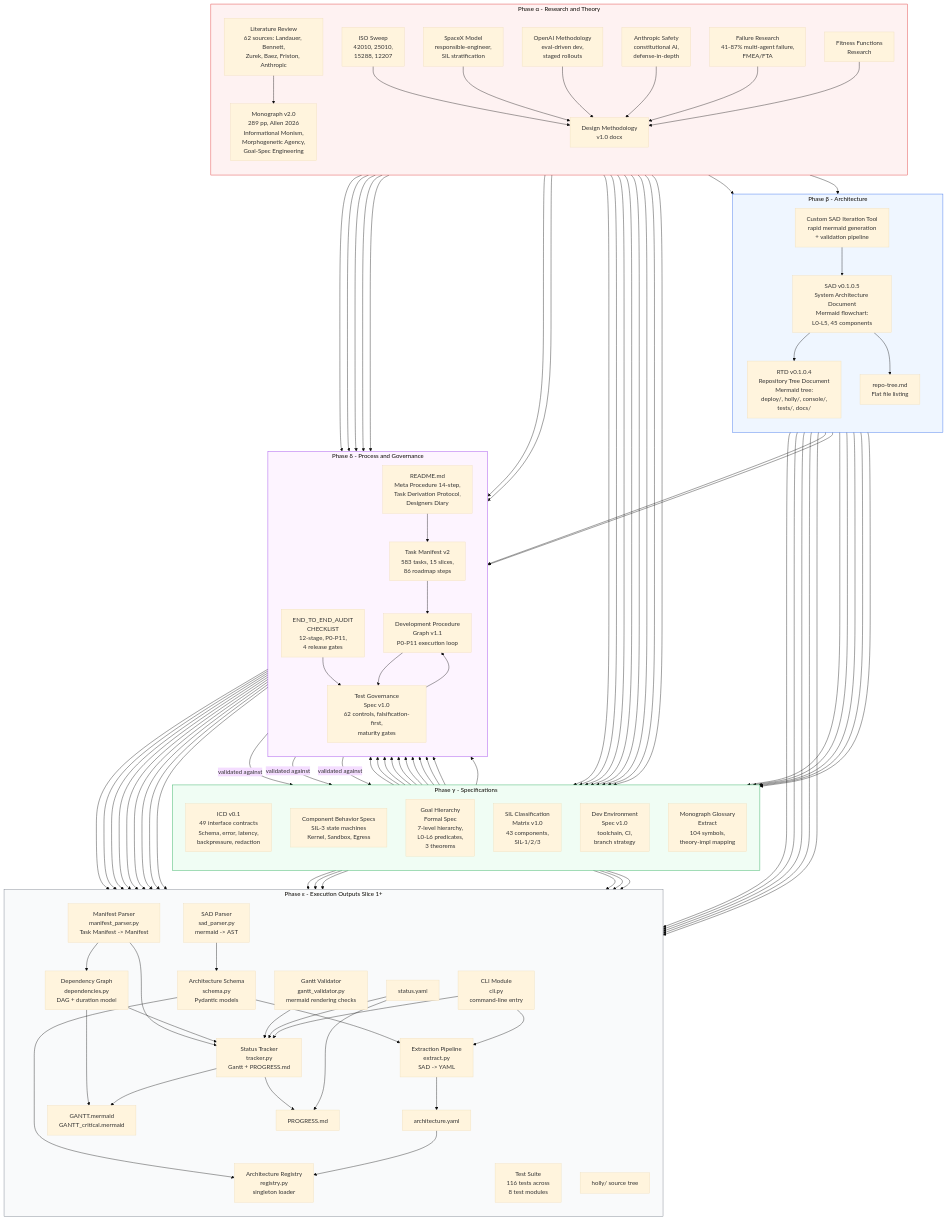
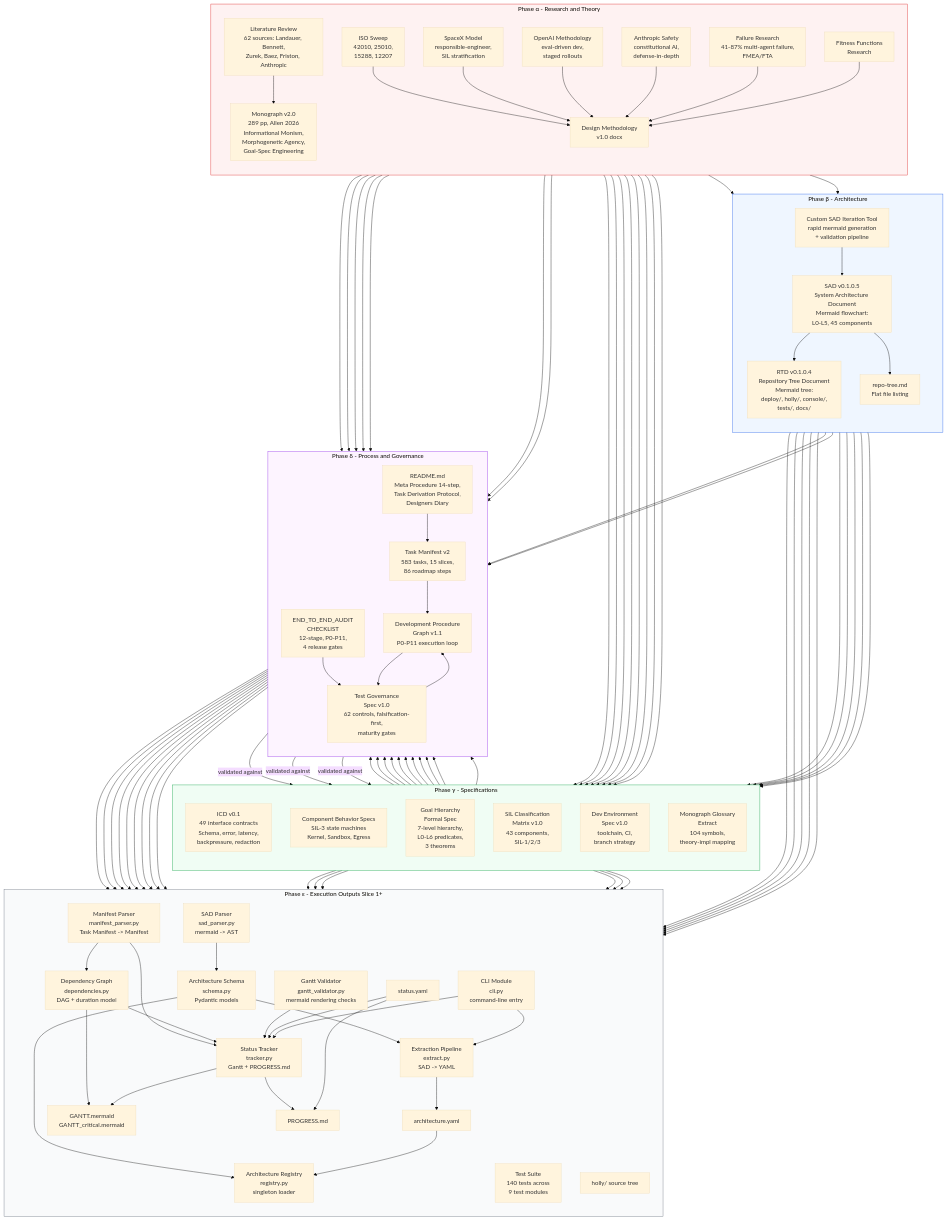
The diagram in docs/architecture/Artifact_Genealogy.md (1seansean1/ecom-agents), drawn with Mermaid (base theme) before and after one commit. The commit also changed other lines of this file and 7 other files, not shown here.

```diff
--- a/docs/architecture/Artifact_Genealogy.md
+++ b/docs/architecture/Artifact_Genealogy.md
@@ -96,7 +96,7 @@
         GANTT["GANTT.mermaid\nGANTT_critical.mermaid"]
         PROG["PROGRESS.md"]
         STATYS["status.yaml"]
-        TESTS["Test Suite\n116 tests across\n8 test modules"]
+        TESTS["Test Suite\n140 tests across\n9 test modules"]
         CODE["holly/ source tree"]
     end
 
```
